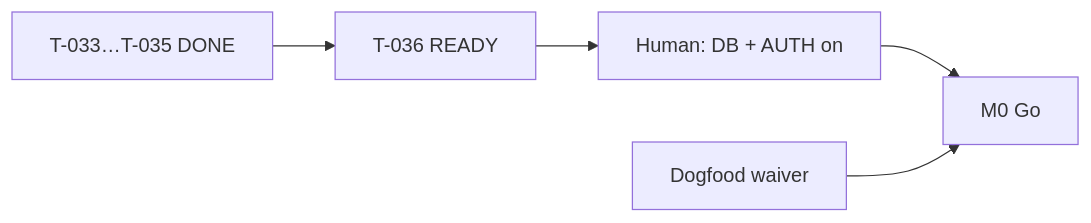
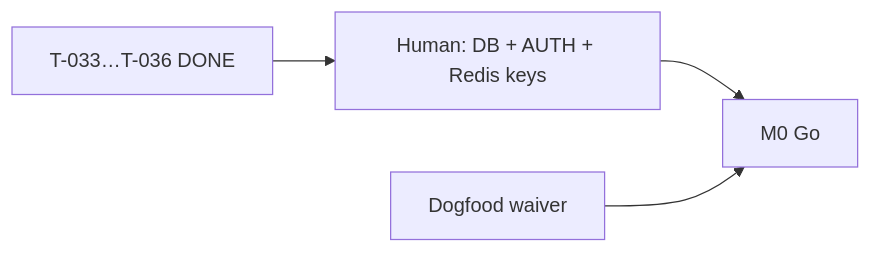
One commit to pagasbot-coder/Agent changed the diagram in quiet-partner/docs/team-assignments.md. Above: the diagram before and after it, drawn with Mermaid. The commit also changed other lines of this file and 13 other files, not shown here.

````diff
--- a/quiet-partner/docs/team-assignments.md
+++ b/quiet-partner/docs/team-assignments.md
@@ -60,7 +60,6 @@
 ```mermaid
 flowchart LR
-  P5[T-033…T-035 DONE] --> T36[T-036 READY]
-  T36 --> H[Human: DB + AUTH on]
+  P5[T-033…T-036 DONE] --> H[Human: DB + AUTH + Redis keys]
   H --> M0[M0 Go]
   D[Dogfood waiver] --> M0
 ```
````
